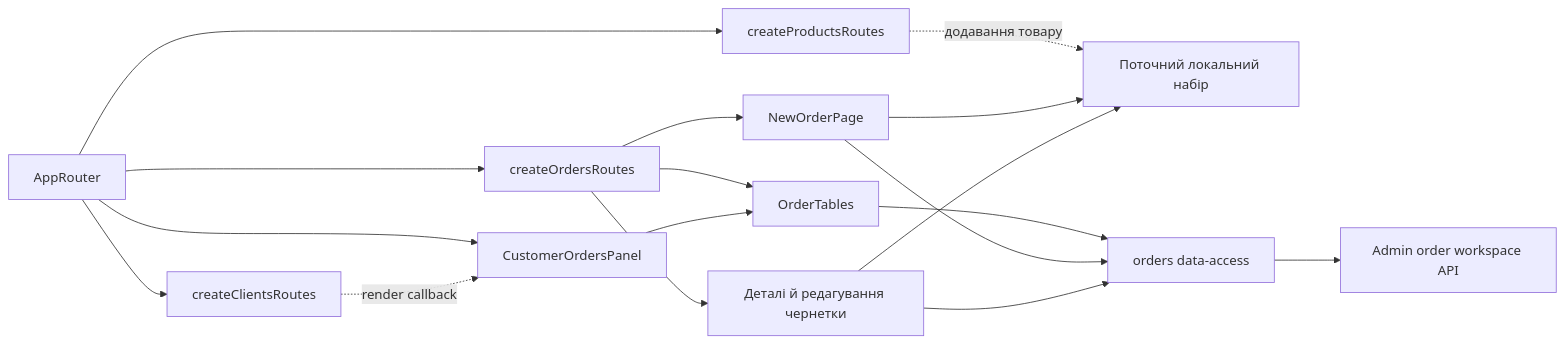
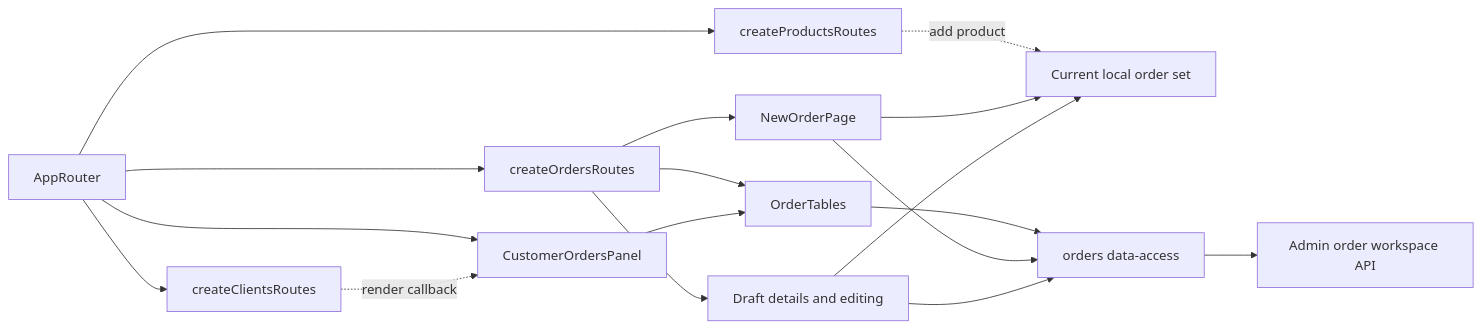
Before and after one commit to Weretik/kedr-web: the diagram in docs/features/admin/orders.md, drawn with Mermaid. The commit also changed other lines of this file and 95 other files, not shown here.

Commit message:
docs(frontend): reconcile architecture and feature guidance

````diff
--- a/docs/features/admin/orders.md
+++ b/docs/features/admin/orders.md
@@ -17,19 +17,19 @@
 ```mermaid
 flowchart LR
     App[AppRouter] --> Routes[createOrdersRoutes]
     App --> ProductRoutes[createProductsRoutes]
-    ProductRoutes -. додавання товару .-> Local[Поточний локальний набір]
+    ProductRoutes -. add product .-> Local[Current local order set]
     Routes --> Tables[OrderTables]
     Routes --> Checkout[NewOrderPage]
-    Routes --> Draft[Деталі й редагування чернетки]
+    Routes --> Draft[Draft details and editing]
     Checkout --> Local
     Draft --> Local
     Tables --> Api[orders data-access]
     Checkout --> Api
     Draft --> Api
     Api --> Backend[Admin order workspace API]
     App --> Clients[createClientsRoutes]
     App --> Panel[CustomerOrdersPanel]
     Clients -. render callback .-> Panel
     Panel --> Tables
 ```
````
